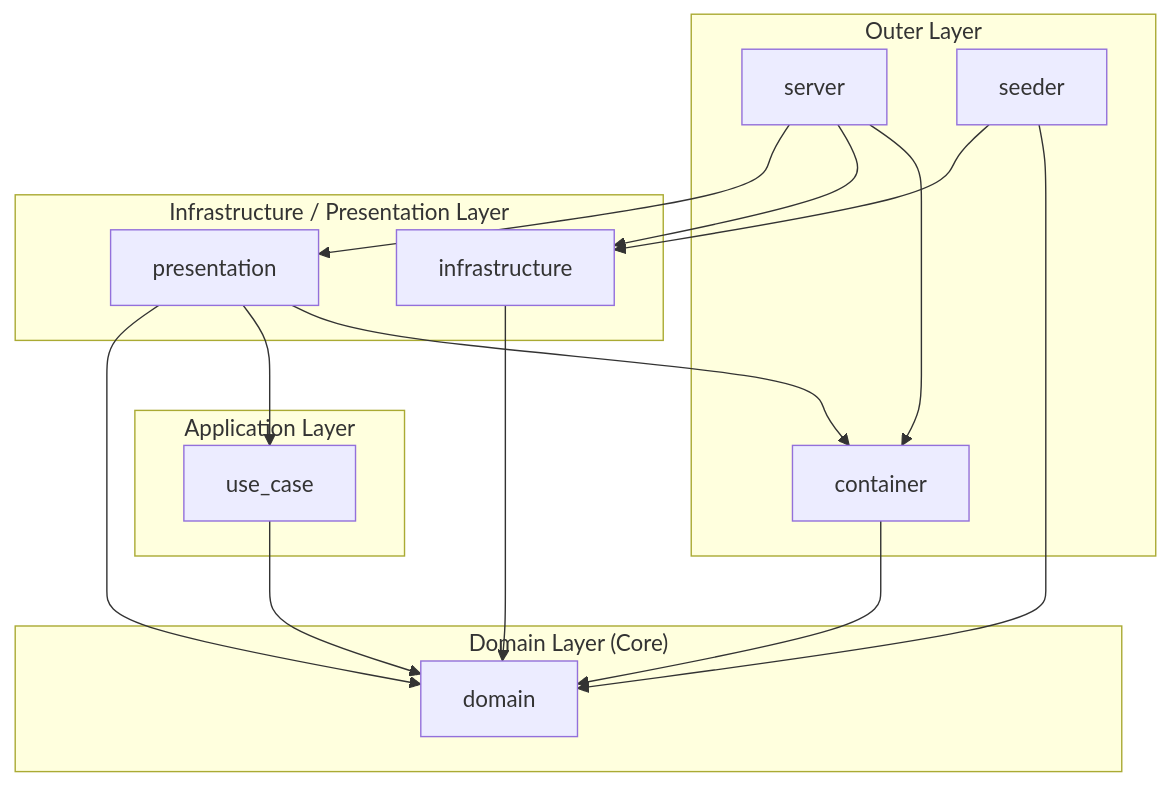
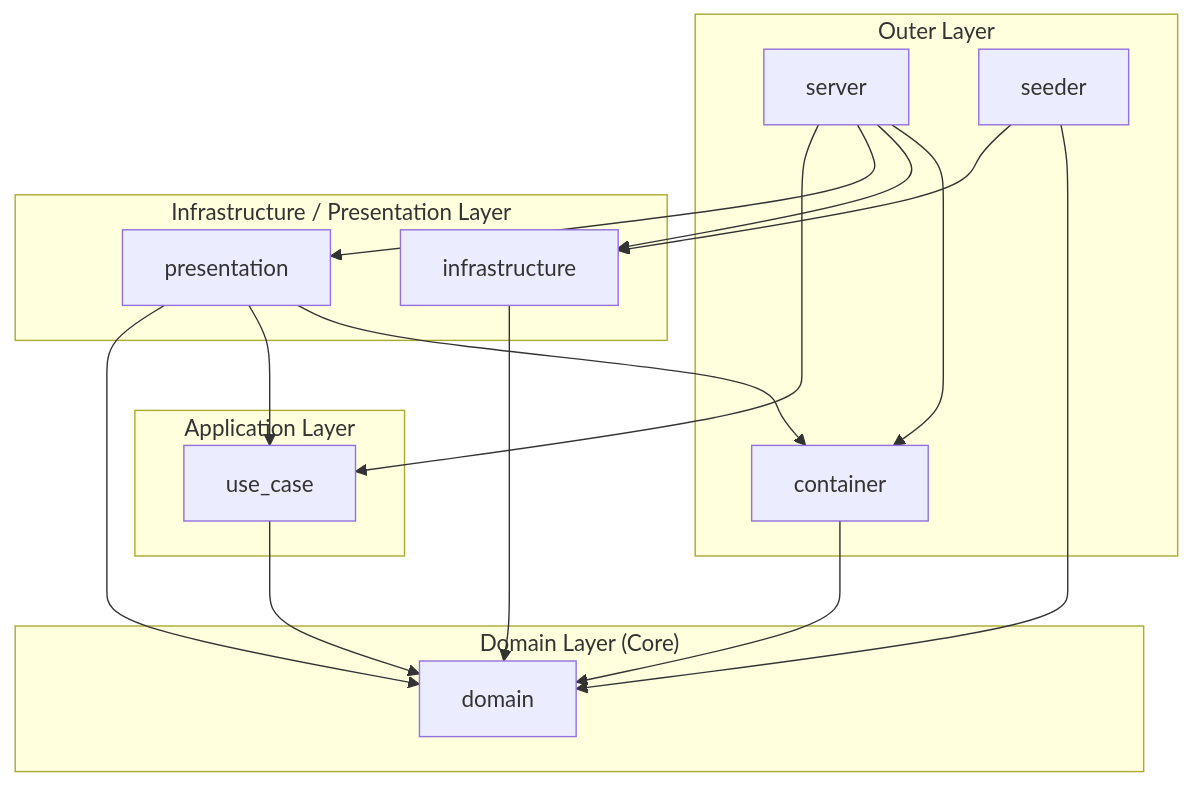
The diagram in README.md (23prime/web-app-template), drawn with Mermaid before and after one commit. The commit also changed other lines of this file and 11 other files, not shown here.

````diff
--- a/README.md
+++ b/README.md
@@ -9,30 +9,31 @@
 ```mermaid
 graph TB
     subgraph outer["Outer Layer"]
         server
         container
         seeder
     end
     subgraph middle["Infrastructure / Presentation Layer"]
         infrastructure
         presentation
     end
     subgraph app["Application Layer"]
         use_case
     end
     subgraph core["Domain Layer (Core)"]
         domain
     end
 
     server --> container
     server --> infrastructure
     server --> presentation
+    server --> use_case
     container --> domain
     infrastructure --> domain
     presentation --> container
     presentation --> use_case
     presentation --> domain
     use_case --> domain
     seeder --> domain
     seeder --> infrastructure
 ```
````
